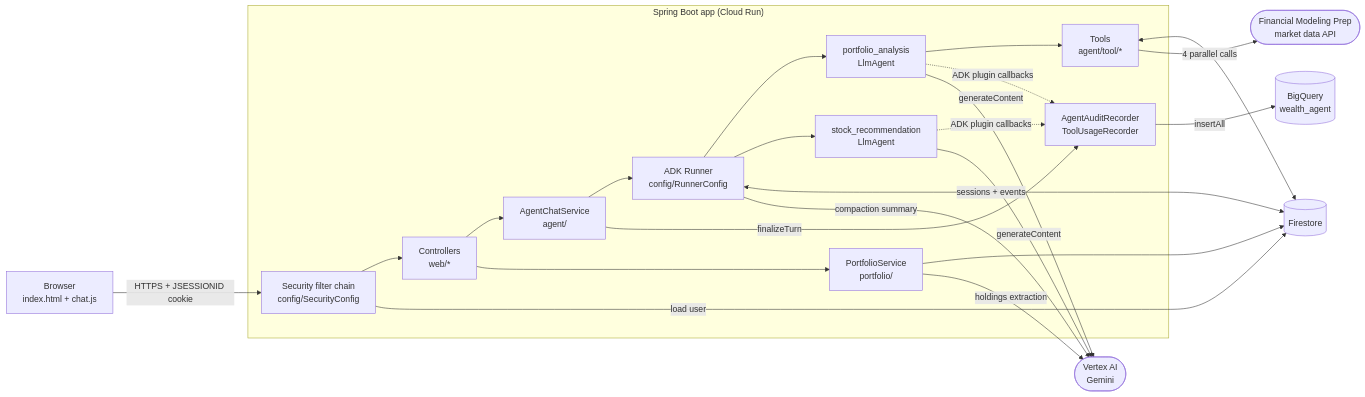
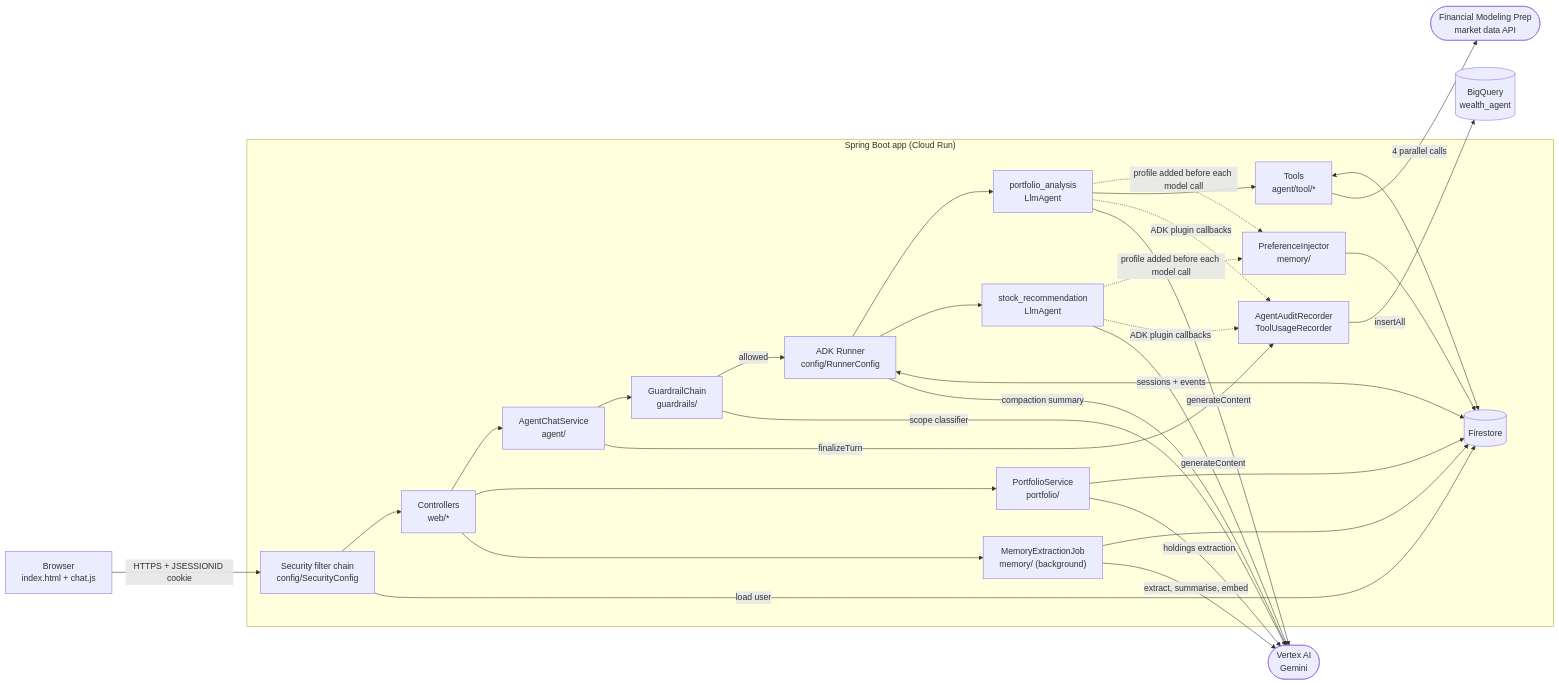
The first of 14 diagrams in Routing.md (Akash-repo/wealth-advisor), drawn with Mermaid before and after one commit. The commit also changed other lines of this file and 7 other files, not shown here.

Commit message:
Update the docs for guardrails and long-term memory; add the memory interview Q&A

````diff
--- a/Routing.md
+++ b/Routing.md
@@ -35,28 +37,36 @@
 ```mermaid
 flowchart LR
     U["Browser<br/>index.html + chat.js"] -->|"HTTPS + JSESSIONID cookie"| SEC
 
     subgraph APP["Spring Boot app (Cloud Run)"]
         SEC["Security filter chain<br/>config/SecurityConfig"] --> CTRL["Controllers<br/>web/*"]
         CTRL --> CHAT["AgentChatService<br/>agent/"]
         CTRL --> ING["PortfolioService<br/>portfolio/"]
-        CHAT --> RUN["ADK Runner<br/>config/RunnerConfig"]
+        CHAT --> GUARD["GuardrailChain<br/>guardrails/"]
+        GUARD -->|"allowed"| RUN["ADK Runner<br/>config/RunnerConfig"]
+        CTRL --> MEMJ["MemoryExtractionJob<br/>memory/ (background)"]
+        MEMJ --> FS
+        A1 -. "profile added before each model call" .-> INJ["PreferenceInjector<br/>memory/"]
+        A2 -. "profile added before each model call" .-> INJ
         RUN --> A1["portfolio_analysis<br/>LlmAgent"]
         RUN --> A2["stock_recommendation<br/>LlmAgent"]
         A1 --> TOOLS["Tools<br/>agent/tool/*"]
         A1 -. "ADK plugin callbacks" .-> REC["AgentAuditRecorder<br/>ToolUsageRecorder"]
         A2 -. "ADK plugin callbacks" .-> REC
         CHAT -->|"finalizeTurn"| REC
     end
 
     RUN <-->|"sessions + events"| FS[("Firestore")]
     TOOLS <--> FS
     ING --> FS
     SEC -->|"load user"| FS
-    A1 -->|"generateContent"| GEM(["Vertex AI<br/>Gemini"])
+    GUARD -->|"scope classifier"| GEM(["Vertex AI<br/>Gemini"])
+    MEMJ -->|"extract, summarise, embed"| GEM
+    INJ --> FS
+    A1 -->|"generateContent"| GEM
     A2 -->|"generateContent"| GEM
     RUN -->|"compaction summary"| GEM
     ING -->|"holdings extraction"| GEM
     TOOLS -->|"4 parallel calls"| FMP(["Financial Modeling Prep<br/>market data API"])
     REC -->|"insertAll"| BQ[("BigQuery<br/>wealth_agent")]
 ```
````
